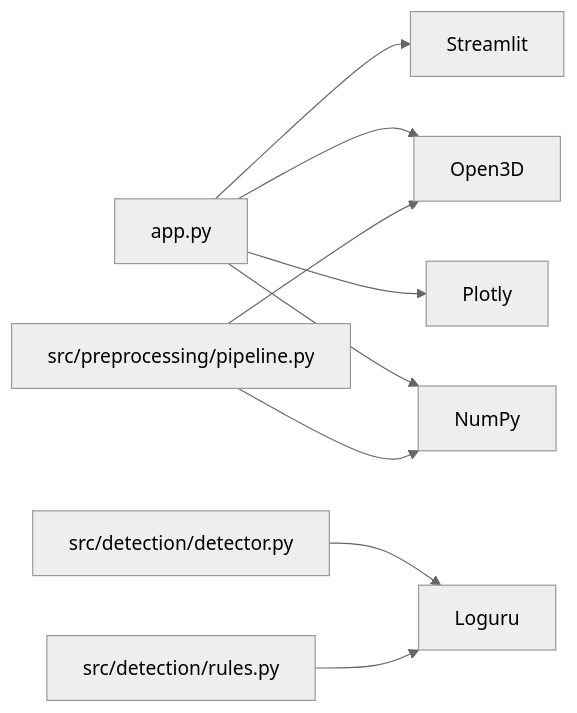
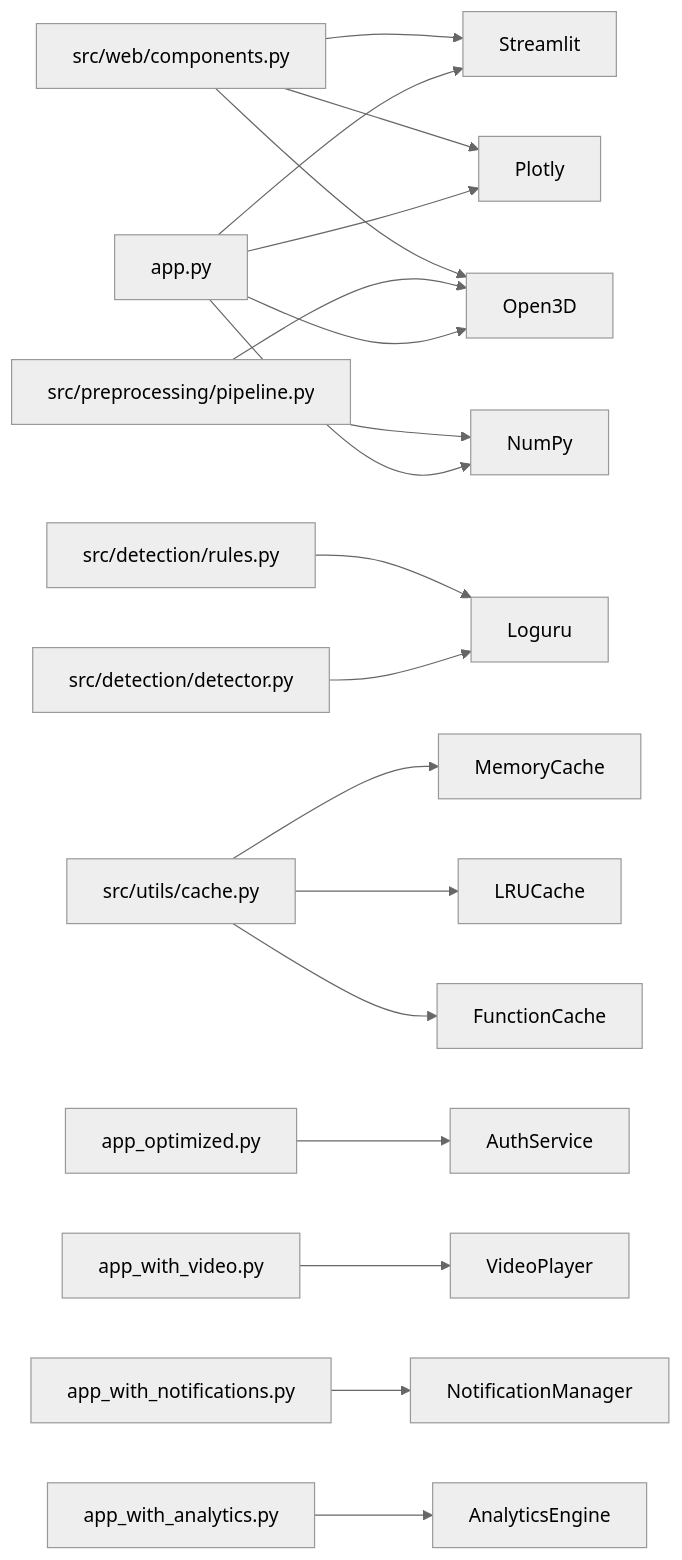
One commit to nanfeng2021/fall-detection-system changed the ninth of 9 diagrams in .qoder/repowiki/zh/content/Web界面系统.md. Above: the diagram before and after it, drawn with Mermaid (neutral theme). The commit also changed other lines of this file and 16 other files, not shown here.

````diff
--- a/.qoder/repowiki/zh/content/Web界面系统.md
+++ b/.qoder/repowiki/zh/content/Web界面系统.md
@@ -288,11 +580,21 @@
 ```mermaid
 graph LR
 APP["app.py"] --> STR["Streamlit"]
 APP --> O3D["Open3D"]
 APP --> PLOT["Plotly"]
 APP --> NP["NumPy"]
 DET["src/detection/detector.py"] --> LOG["Loguru"]
 PIPE["src/preprocessing/pipeline.py"] --> O3D
 PIPE --> NP
 RULE["src/detection/rules.py"] --> LOG
+COMP["src/web/components.py"] --> STR
+COMP --> PLOT
+COMP --> O3D
+CACHE["src/utils/cache.py"] --> MEM["MemoryCache"]
+CACHE --> LRU["LRUCache"]
+CACHE --> FUNC["FunctionCache"]
+OPT["app_optimized.py"] --> AUTH["AuthService"]
+VID["app_with_video.py"] --> VP["VideoPlayer"]
+NOTIF["app_with_notifications.py"] --> NM["NotificationManager"]
+ANALYTICS["app_with_analytics.py"] --> AE["AnalyticsEngine"]
 ```
````
